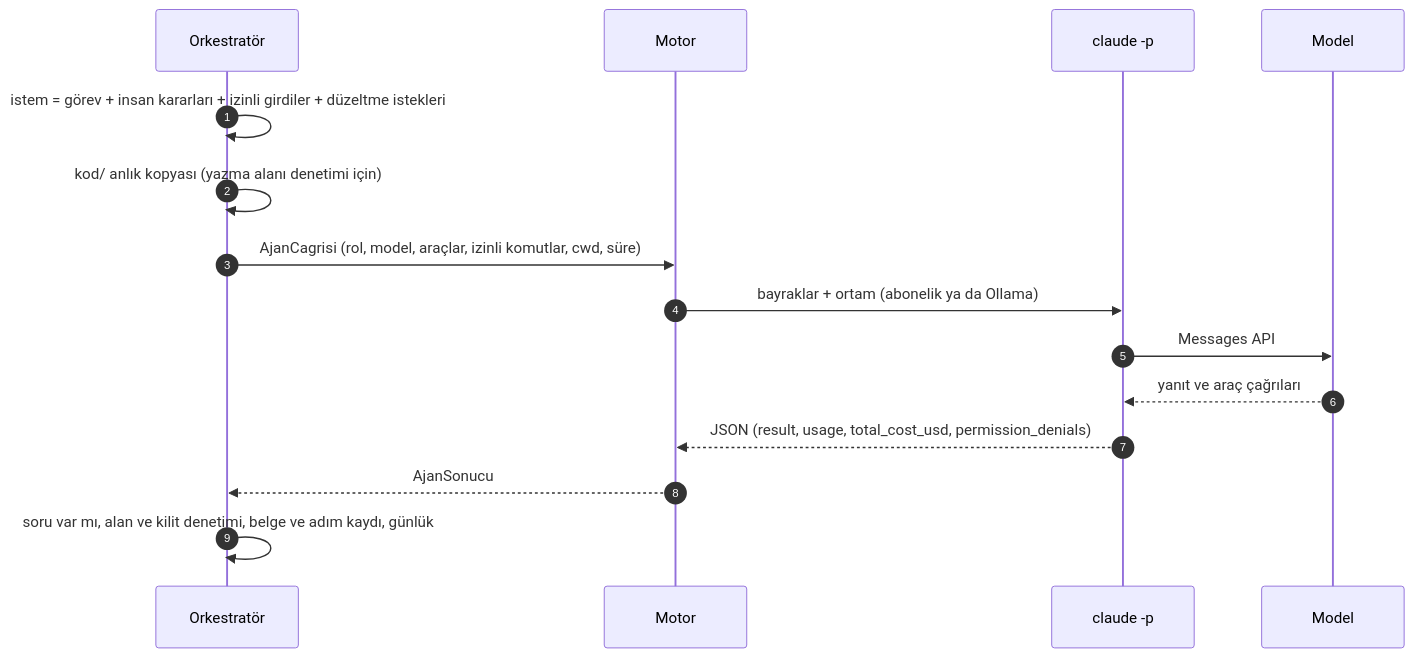
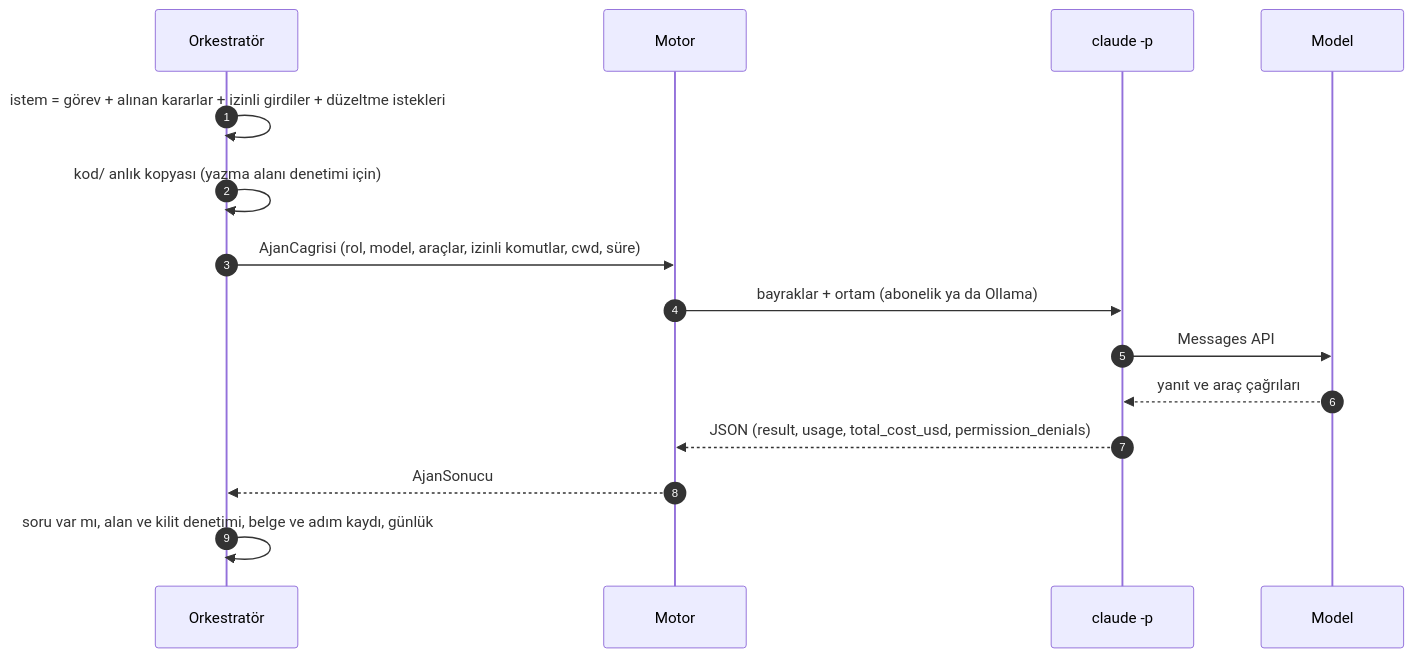
One commit to kagantantan/kovan changed the third of 6 diagrams in README.md. Above: the diagram before and after it, drawn with Mermaid. The commit also changed other lines of this file and 57 other files, not shown here.

````diff
--- a/README.md
+++ b/README.md
@@ -119,17 +134,17 @@
 ```mermaid
 sequenceDiagram
     autonumber
     participant O as Orkestratör
     participant M as Motor
     participant C as claude -p
     participant L as Model
-    O->>O: istem = görev + insan kararları + izinli girdiler + düzeltme istekleri
+    O->>O: istem = görev + alınan kararlar + izinli girdiler + düzeltme istekleri
     O->>O: kod/ anlık kopyası (yazma alanı denetimi için)
     O->>M: AjanCagrisi (rol, model, araçlar, izinli komutlar, cwd, süre)
     M->>C: bayraklar + ortam (abonelik ya da Ollama)
     C->>L: Messages API
     L-->>C: yanıt ve araç çağrıları
     C-->>M: JSON (result, usage, total_cost_usd, permission_denials)
     M-->>O: AjanSonucu
     O->>O: soru var mı, alan ve kilit denetimi, belge ve adım kaydı, günlük
 ```
````
